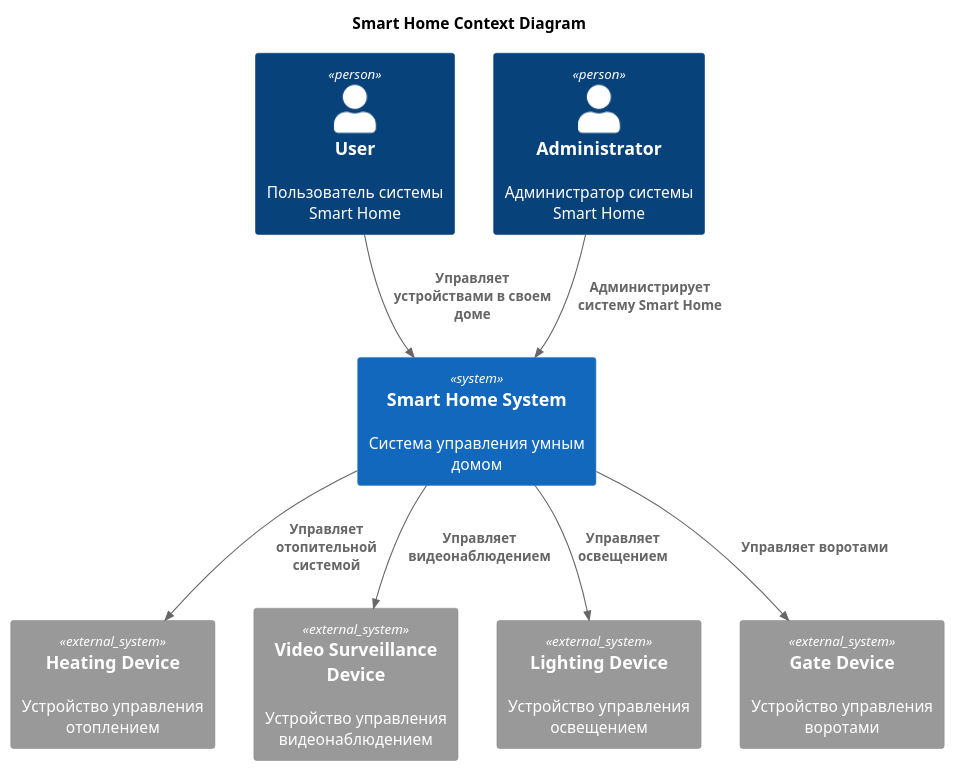
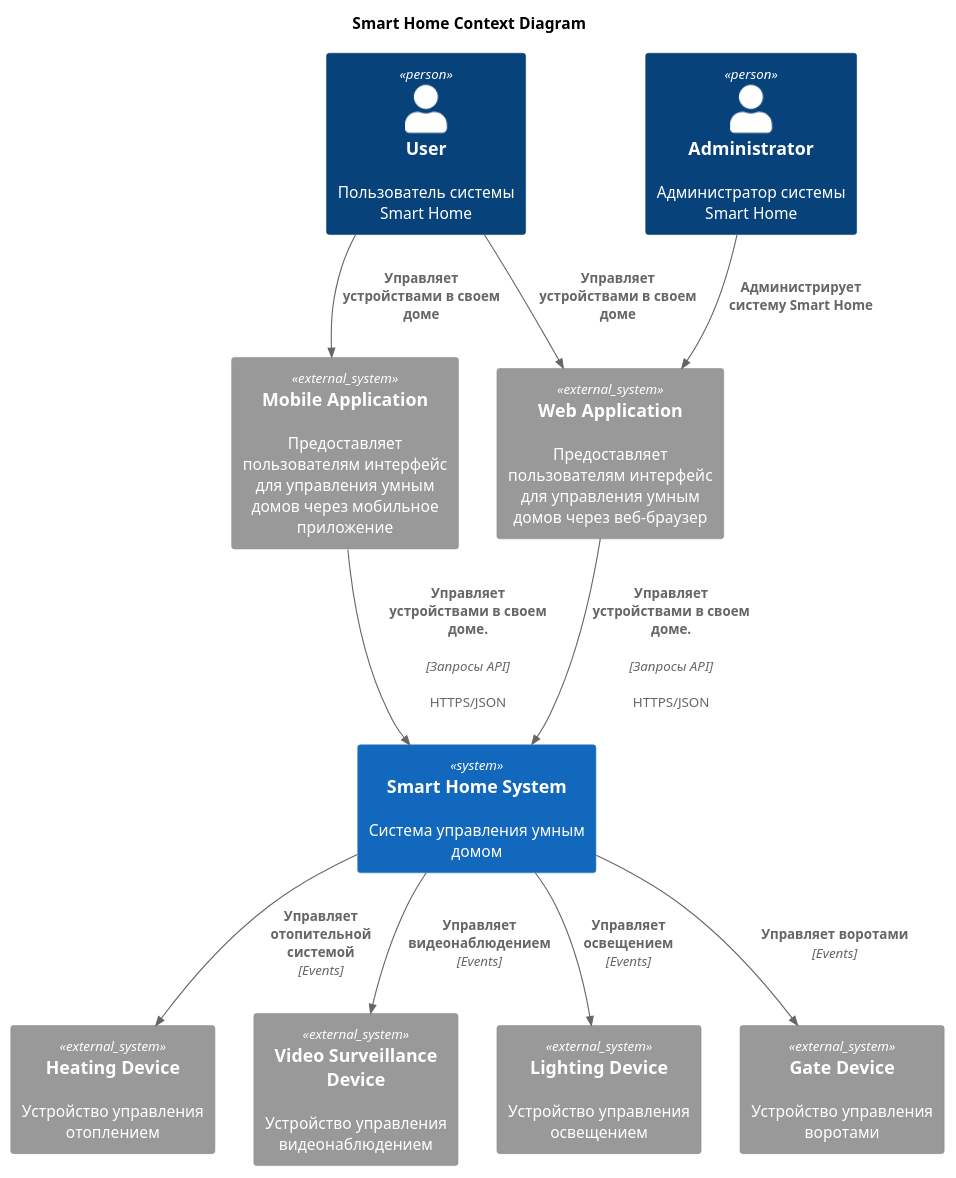
One commit to wiky-avis/architecture-sprint-3 changed the diagram in docs/diagrams/to_be/context/Context.puml. Above: the diagram before and after it, drawn with PlantUML. The commit also changed 11 other files, not shown here.

```diff
--- a/docs/diagrams/to_be/context/Context.puml
+++ b/docs/diagrams/to_be/context/Context.puml
@@ -1,24 +1,30 @@
 @startuml
 title Smart Home Context Diagram
 
 top to bottom direction
 
 !includeurl https://raw.githubusercontent.com/RicardoNiepel/C4-PlantUML/master/C4_Component.puml
 
 Person(user, "User", "Пользователь системы Smart Home")
 Person(admin, "Administrator", "Администратор системы Smart Home")
 System(SmartHomeSystem, "Smart Home System", "Система управления умным домом")
 
 System_Ext(HeatingDevice, "Heating Device", "Устройство управления отоплением")
 System_Ext(VideoSurveillanceDevice, "Video Surveillance Device", "Устройство управления видеонаблюдением")
 System_Ext(LightingDevice, "Lighting Device", "Устройство управления освещением")
 System_Ext(GateDevice, "Gate Device", "Устройство управления воротами")
 
-Rel(user, SmartHomeSystem, "Управляет устройствами в своем доме")
-Rel(admin,SmartHomeSystem,"Администрирует систему Smart Home")
-Rel(SmartHomeSystem,HeatingDevice,"Управляет отопительной системой")
-Rel(SmartHomeSystem,VideoSurveillanceDevice,"Управляет видеонаблюдением")
-Rel(SmartHomeSystem,LightingDevice,"Управляет освещением")
-Rel(SmartHomeSystem,GateDevice,"Управляет воротами")
+System_Ext(WebApp, "Web Application", "Предоставляет пользователям интерфейс для управления умным домов через веб-браузер")
+System_Ext(MobileApp, "Mobile Application", "Предоставляет пользователям интерфейс для управления умным домов через мобильное приложение")
+
+Rel(user, MobileApp, "Управляет устройствами в своем доме")
+Rel(user, WebApp, "Управляет устройствами в своем доме")
+Rel(admin,WebApp,"Администрирует систему Smart Home")
+Rel(MobileApp, SmartHomeSystem, "Управляет устройствами в своем доме. \n", "Запросы API", "HTTPS/JSON")
+Rel(WebApp, SmartHomeSystem, "Управляет устройствами в своем доме. \n", "Запросы API", "HTTPS/JSON")
+Rel(SmartHomeSystem,HeatingDevice,"Управляет отопительной системой", "Events")
+Rel(SmartHomeSystem,VideoSurveillanceDevice,"Управляет видеонаблюдением", "Events")
+Rel(SmartHomeSystem,LightingDevice,"Управляет освещением", "Events")
+Rel(SmartHomeSystem,GateDevice,"Управляет воротами", "Events")
 
 @enduml
```
